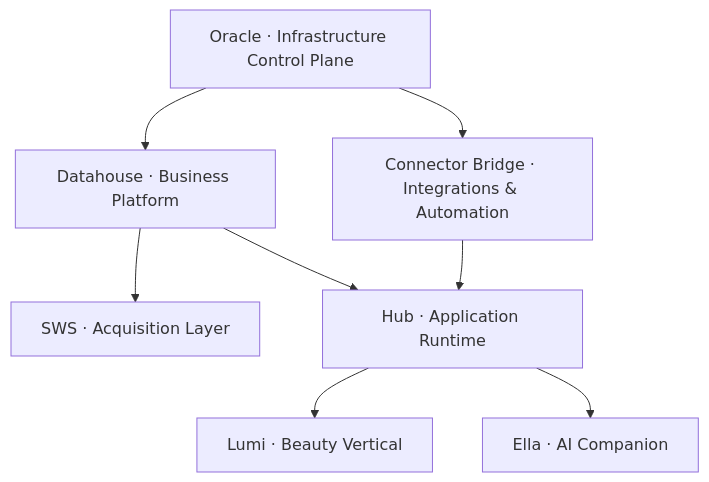
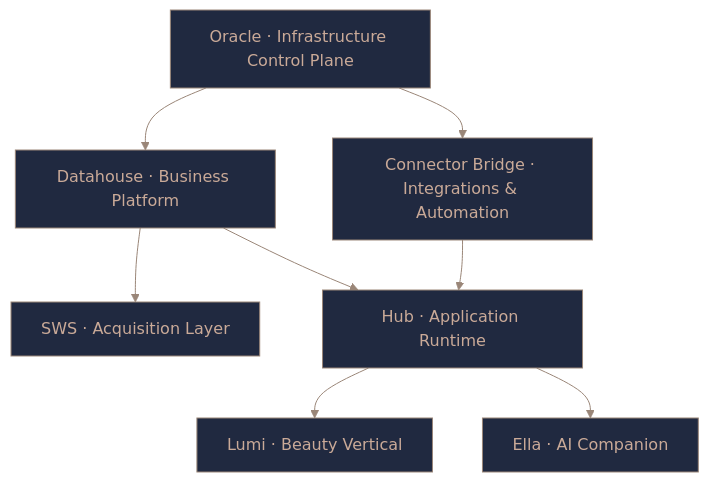
One commit to mend3/mend3 changed the first of 2 diagrams in README.md. Above: the diagram before and after it, drawn with Mermaid. The commit also changed other lines of this file, not shown here.

````diff
--- a/README.md
+++ b/README.md
@@ -34,18 +40,27 @@
 ```mermaid
+%%{init: {'theme':'base', 'themeVariables': {
+  'primaryColor':'#202940',
+  'primaryTextColor':'#CAAA98',
+  'primaryBorderColor':'#9A8678',
+  'lineColor':'#9A8678',
+  'secondaryColor':'#4B4038',
+  'tertiaryColor':'#4B4038',
+  'fontFamily':'ui-monospace, monospace'
+}}}%%
 graph TD
     ORACLE["Oracle · Infrastructure Control Plane"]
     CB["Connector Bridge · Integrations & Automation"]
     DH["Datahouse · Business Platform"]
     SWS["SWS · Acquisition Layer"]
     HUB["Hub · Application Runtime"]
     LUMI["Lumi · Beauty Vertical"]
     ELLA["Ella · AI Companion"]
 
     ORACLE --> CB
     ORACLE --> DH
     DH --> SWS
     DH --> HUB
     CB --> HUB
     HUB --> LUMI
     HUB --> ELLA
 ```
````
